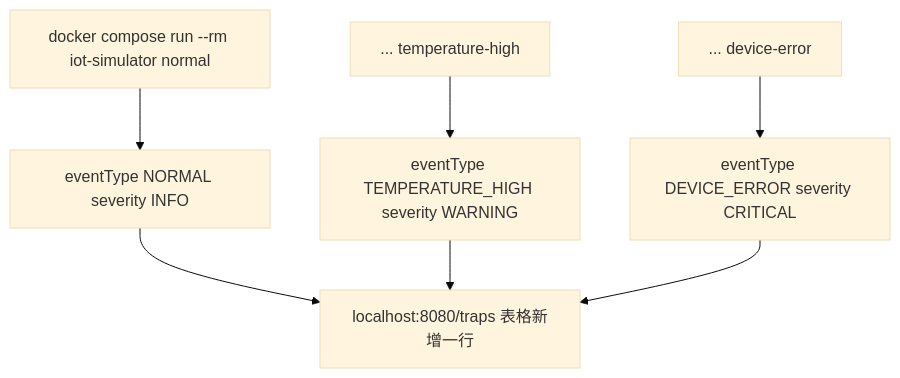
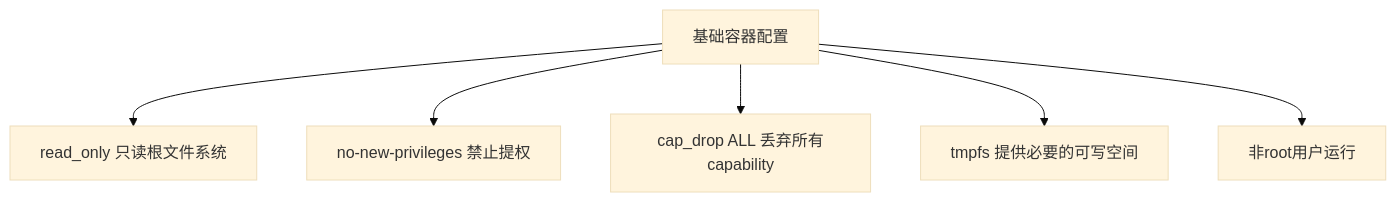
Before and after one commit to seki999/DialogueFlow_GitHub_OnLine: the diagram in slides/snmp-trap-demo-course/19.md, drawn with Mermaid (base theme). The commit also changed other lines of this file and 48 other files, not shown here.

````diff
--- a/slides/snmp-trap-demo-course/19.md
+++ b/slides/snmp-trap-demo-course/19.md
@@ -5,9 +5,8 @@
 ```mermaid
-flowchart TD
-    Cmd1[docker compose run --rm iot-simulator normal] --> R1[eventType NORMAL severity INFO]
-    Cmd2[... temperature-high] --> R2[eventType TEMPERATURE_HIGH severity WARNING]
-    Cmd3[... device-error] --> R3[eventType DEVICE_ERROR severity CRITICAL]
-    R1 --> Page[localhost:8080/traps 表格新增一行]
-    R2 --> Page
-    R3 --> Page
+flowchart TB
+  BASE[基础容器配置] --> RO[read_only 只读根文件系统]
+  BASE --> NNP[no-new-privileges 禁止提权]
+  BASE --> CAP[cap_drop ALL 丢弃所有capability]
+  BASE --> TMP[tmpfs 提供必要的可写空间]
+  BASE --> USER[非root用户运行]
 ```
````
